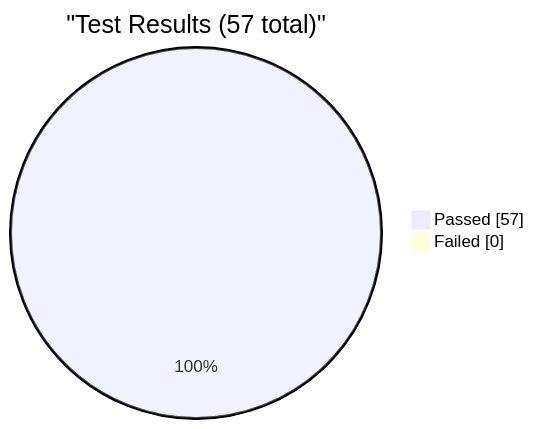
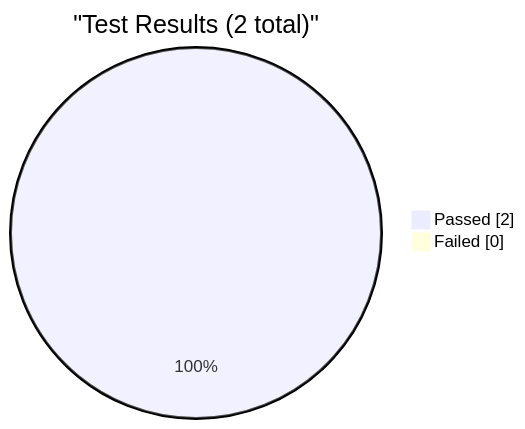
One commit to EliteaAI/onetest-ai-tm-Elitea changed the first of 5 diagrams in reports/dashboard.md. Above: the diagram before and after it, drawn with Mermaid. The commit also changed other lines of this file and 1 other file, not shown here.

Commit message:
dashboard: update test metrics for RUN-ELITEA-2026-10-16-282-DEV-SMOKE-PASSED

````diff
--- a/reports/dashboard.md
+++ b/reports/dashboard.md
@@ -9,6 +9,6 @@
 ```mermaid
 pie showData
-    title "Test Results (57 total)"
-    "Passed" : 57
+    title "Test Results (2 total)"
+    "Passed" : 2
     "Failed" : 0
 ```
````
